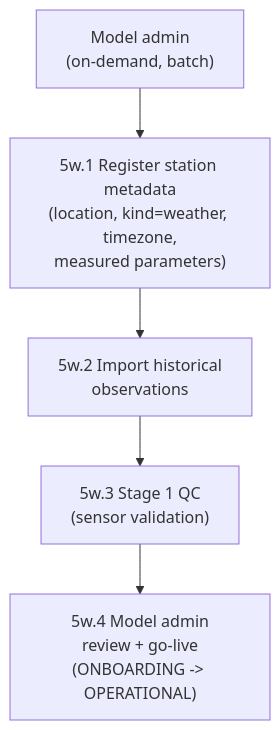
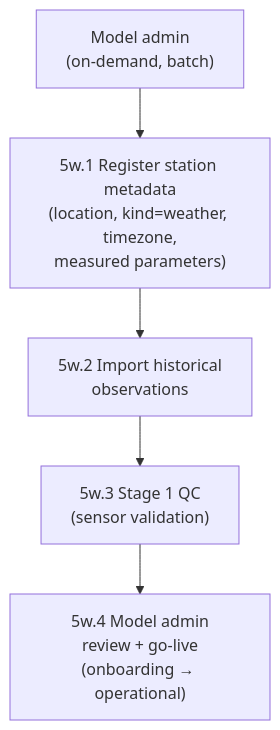
Before and after one commit to hydrosolutions/SAPPHIRE_flow: the sixth of 11 diagrams in docs/architecture-context.md, drawn with Mermaid. The commit also changed other lines of this file and 4 other files, not shown here.

First line of the commit message:
docs: align enum casing and definitions across architecture-context, conventions, and types-and-protocols

````diff
--- a/docs/architecture-context.md
+++ b/docs/architecture-context.md
@@ -729,11 +730,11 @@
 ```mermaid
 flowchart TD
     trigger["Model admin<br/>(on-demand, batch)"]
 
     s5w_1["5w.1 Register station metadata<br/>(location, kind=weather, timezone,<br/>measured parameters)"]
     s5w_2["5w.2 Import historical<br/>observations"]
     s5w_3["5w.3 Stage 1 QC<br/>(sensor validation)"]
-    s5w_4["5w.4 Model admin<br/>review + go-live<br/>(ONBOARDING -> OPERATIONAL)"]
+    s5w_4["5w.4 Model admin<br/>review + go-live<br/>(onboarding → operational)"]
 
     trigger --> s5w_1 --> s5w_2 --> s5w_3 --> s5w_4
 ```
````
